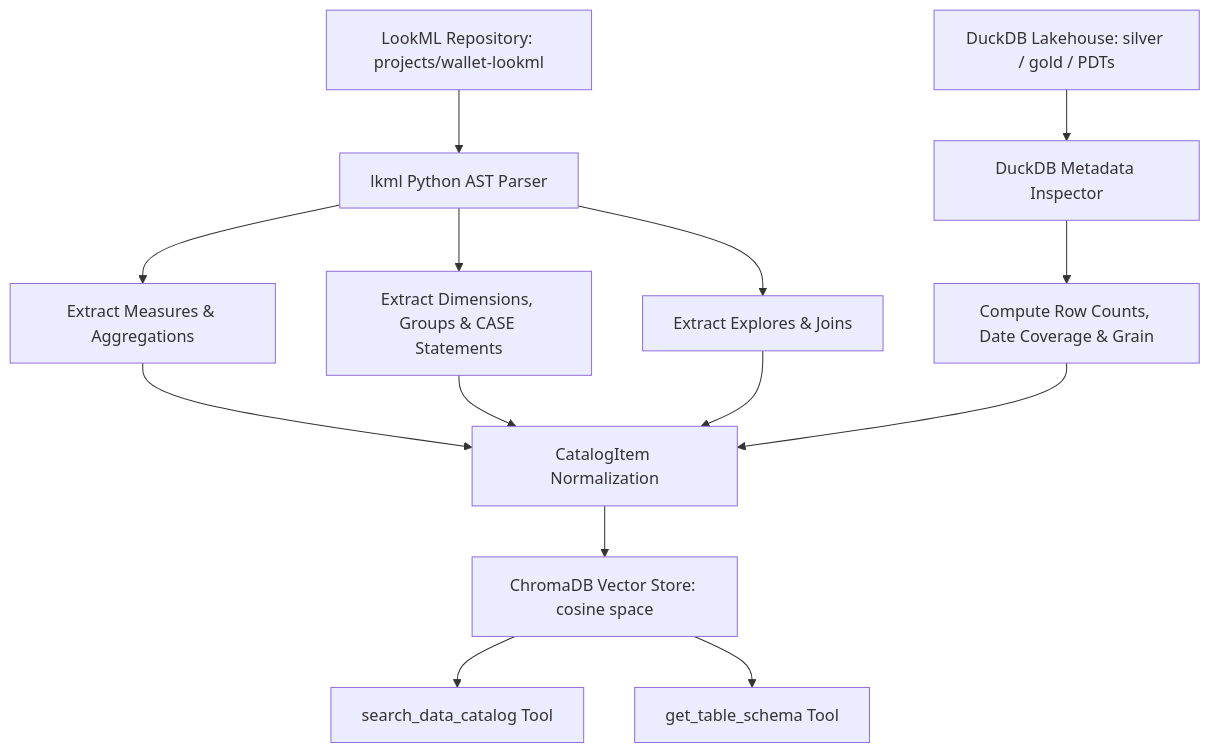
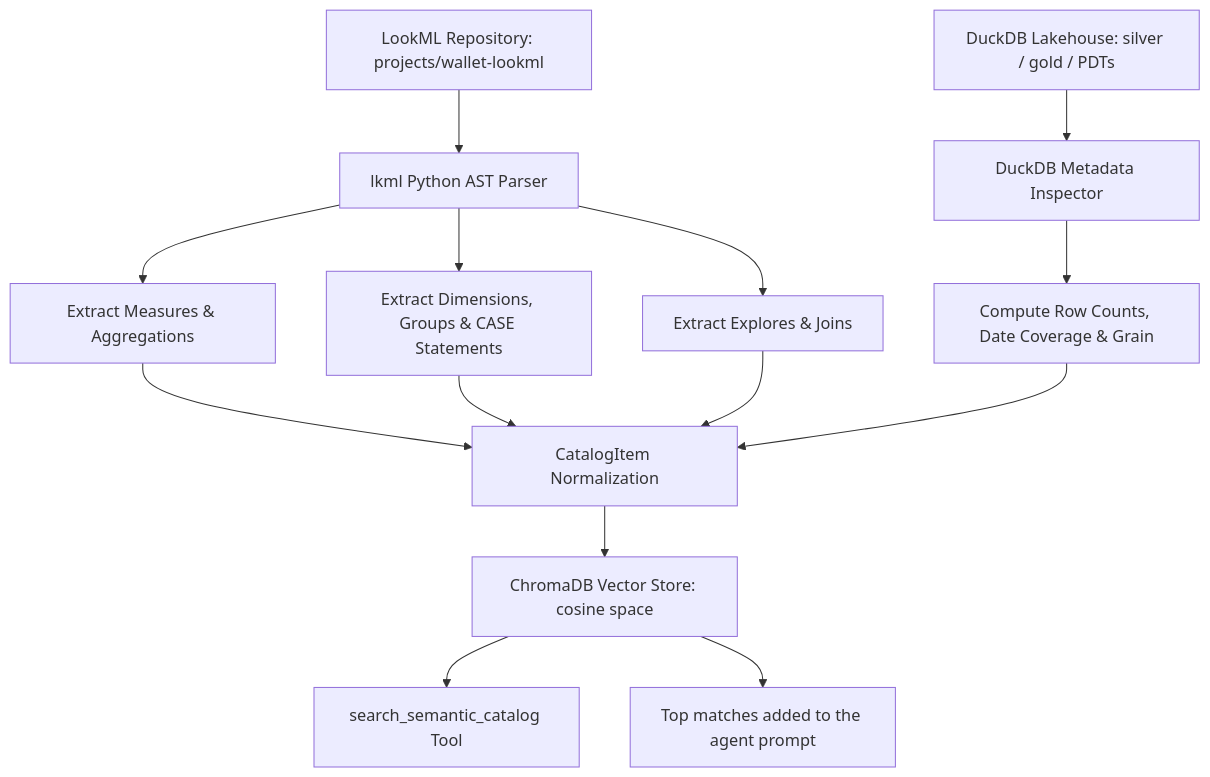
The diagram in docs/architecture/semantic_rag_indexer.md (carlosgilroa/ai-data-agent), drawn with Mermaid before and after one commit. The commit also changed other lines of this file and 4 other files, not shown here.

````diff
--- a/docs/architecture/semantic_rag_indexer.md
+++ b/docs/architecture/semantic_rag_indexer.md
@@ -11,20 +11,20 @@
 ```mermaid
 flowchart TD
     LookML[LookML Repository: projects/wallet-lookml] --> Parser[lkml Python AST Parser]
     Lakehouse[DuckDB Lakehouse: silver / gold / PDTs] --> SchemaInspector[DuckDB Metadata Inspector]
     
     Parser --> ExtractMeasures[Extract Measures & Aggregations]
     Parser --> ExtractDimensions[Extract Dimensions, Groups & CASE Statements]
     Parser --> ExtractExplores[Extract Explores & Joins]
     
     SchemaInspector --> DynamicMeta[Compute Row Counts, Date Coverage & Grain]
     
     ExtractMeasures --> CatalogItems[CatalogItem Normalization]
     ExtractDimensions --> CatalogItems
     ExtractExplores --> CatalogItems
     DynamicMeta --> CatalogItems
     
     CatalogItems --> VectorStore[ChromaDB Vector Store: cosine space]
-    VectorStore --> SearchTool[search_data_catalog Tool]
-    VectorStore --> SchemaTool[get_table_schema Tool]
+    VectorStore --> SearchTool[search_semantic_catalog Tool]
+    VectorStore --> Prompt[Top matches added to the agent prompt]
 ```
````
